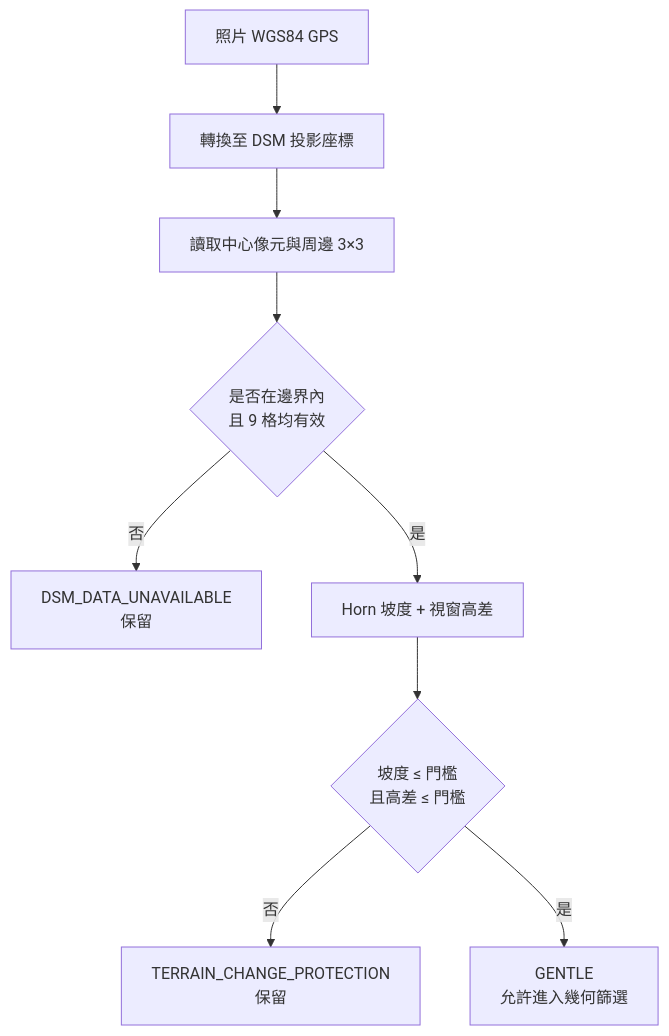
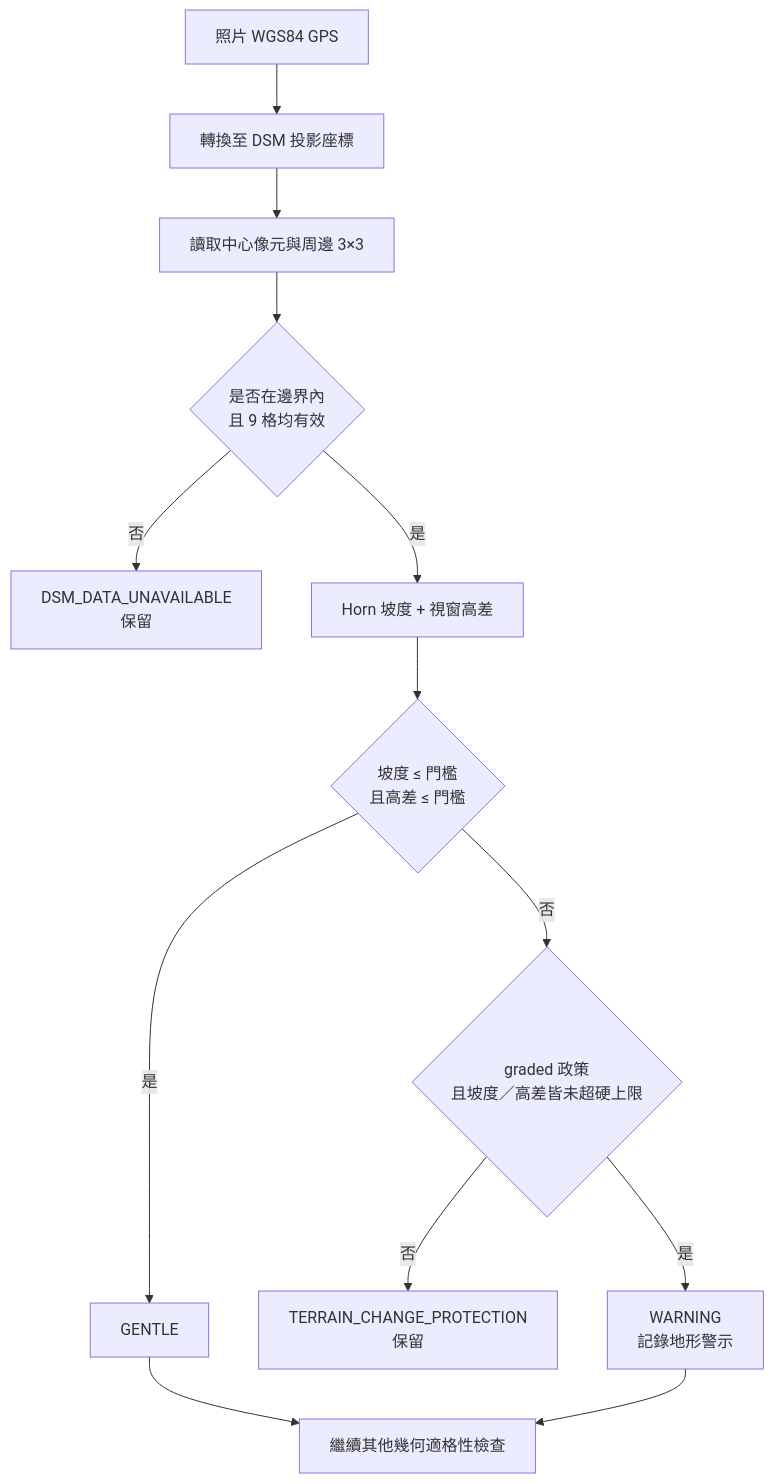
One commit to popofebsdog/uav-photo-optimizer changed the seventh of 24 diagrams in docs/methodology-review-manual-zh-TW.md. Above: the diagram before and after it, drawn with Mermaid. The commit also changed other lines of this file and 18 other files, not shown here.

First line of the commit message:
feat: add graded terrain trials and conservative overlap repair

````diff
--- a/docs/methodology-review-manual-zh-TW.md
+++ b/docs/methodology-review-manual-zh-TW.md
@@ -161,11 +163,15 @@
 ```mermaid
 flowchart TD
     GPS[照片 WGS84 GPS] --> CRS[轉換至 DSM 投影座標]
     CRS --> W[讀取中心像元與周邊 3×3]
     W --> Q{是否在邊界內<br/>且 9 格均有效}
     Q -- 否 --> K[DSM_DATA_UNAVAILABLE<br/>保留]
     Q -- 是 --> M[Horn 坡度 + 視窗高差]
     M --> G{坡度 ≤ 門檻<br/>且高差 ≤ 門檻}
-    G -- 否 --> R[TERRAIN_CHANGE_PROTECTION<br/>保留]
-    G -- 是 --> P[GENTLE<br/>允許進入幾何篩選]
+    G -- 是 --> P[GENTLE]
+    G -- 否 --> H{graded 政策<br/>且坡度／高差皆未超硬上限}
+    H -- 否 --> R[TERRAIN_CHANGE_PROTECTION<br/>保留]
+    H -- 是 --> WARN[WARNING<br/>記錄地形警示]
+    P --> E[繼續其他幾何適格性檢查]
+    WARN --> E
 ```
````
